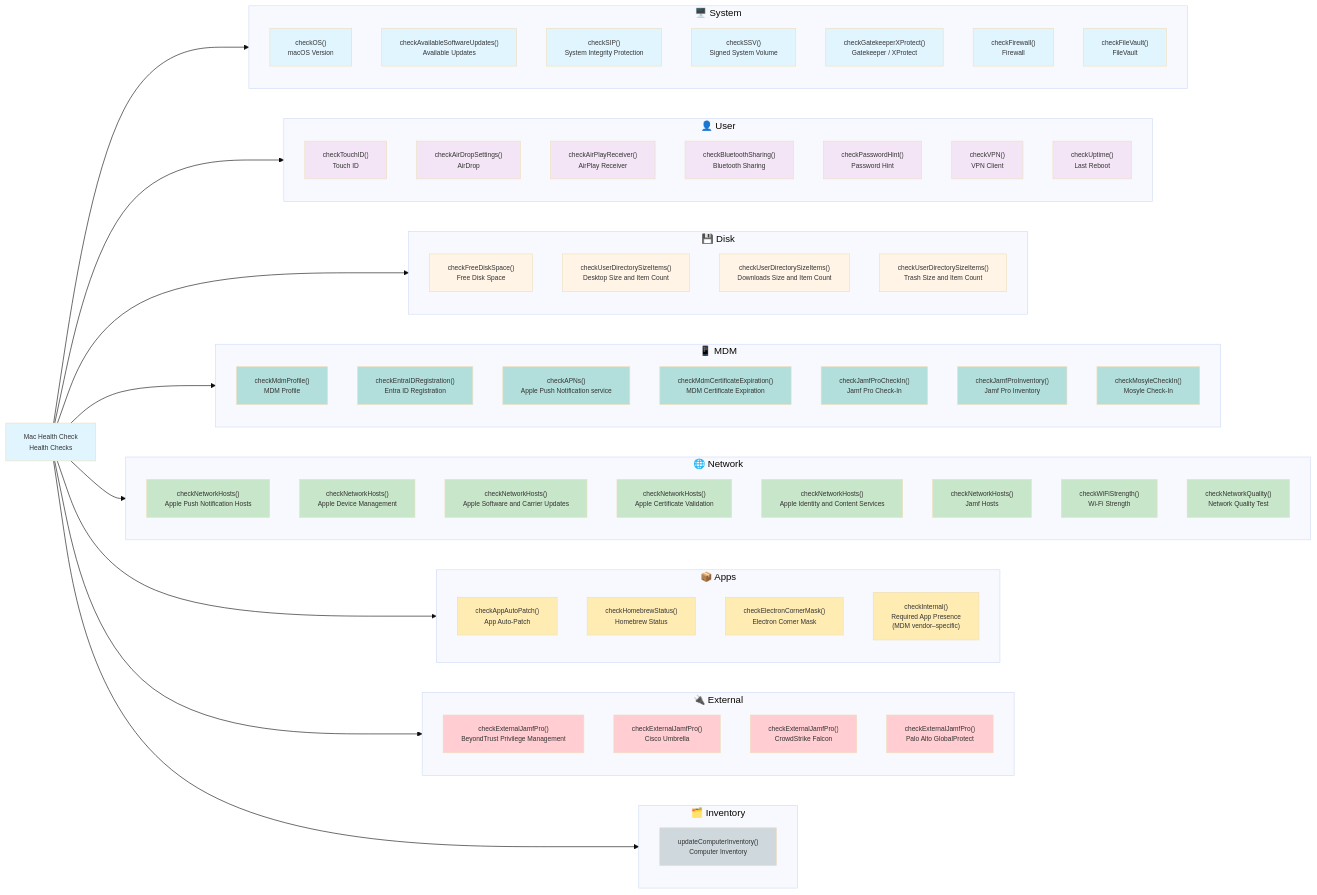
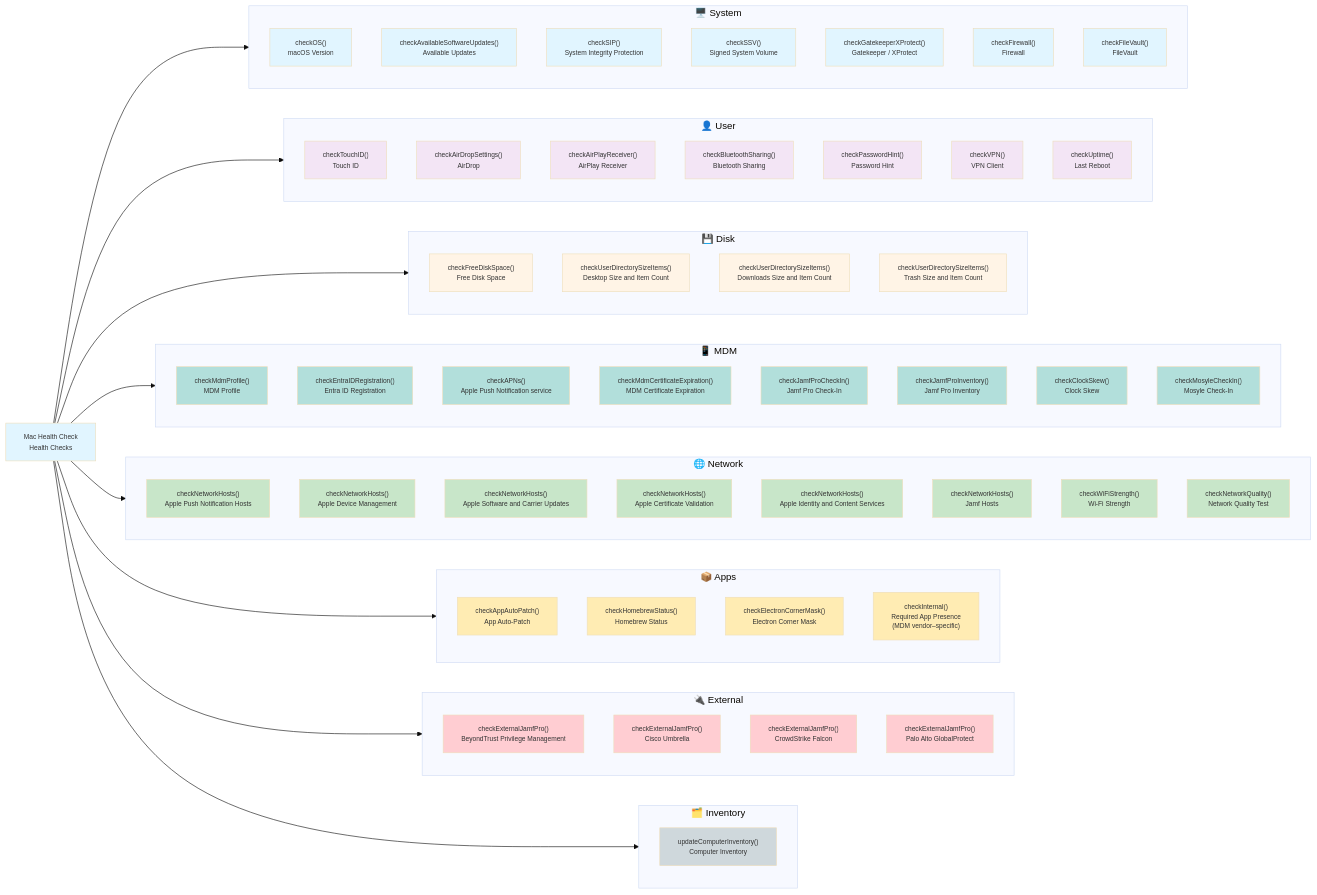
The diagram in Diagrams/03-health-check-categories.md (dan-snelson/Mac-Health-Check), drawn with Mermaid (base theme) before and after one commit. The commit also changed other lines of this file and 4 other files, not shown here.

```diff
--- a/Diagrams/03-health-check-categories.md
+++ b/Diagrams/03-health-check-categories.md
@@ -61,7 +61,8 @@
         M4["checkMdmCertificateExpiration()<br>MDM Certificate Expiration"]
         M5["checkJamfProCheckIn()<br>Jamf Pro Check-In"]
         M6["checkJamfProInventory()<br>Jamf Pro Inventory"]
-        M7["checkMosyleCheckIn()<br>Mosyle Check-In"]
+        M7["checkClockSkew()<br>Clock Skew"]
+        M8["checkMosyleCheckIn()<br>Mosyle Check-In"]
 
         style M1 fill:#b2dfdb
         style M2 fill:#b2dfdb
@@ -70,6 +71,7 @@
         style M5 fill:#b2dfdb
         style M6 fill:#b2dfdb
         style M7 fill:#b2dfdb
+        style M8 fill:#b2dfdb
     end
 
     subgraph Network["🌐 Network"]
```
